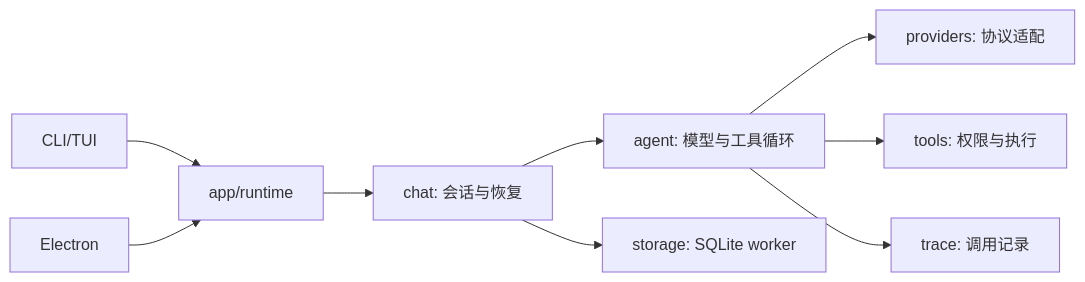
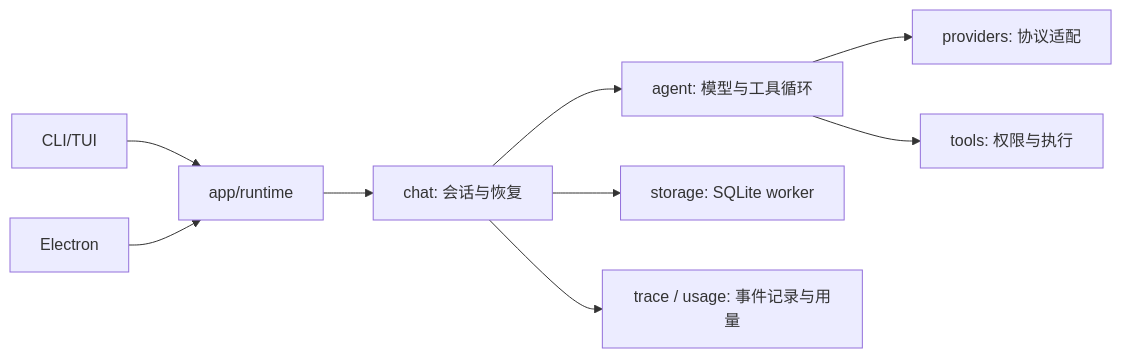
The diagram in docs/development.md (kikoiio/Bitori), drawn with Mermaid before and after one commit. The commit also changed other lines of this file and 2 other files, not shown here.

````diff
--- a/docs/development.md
+++ b/docs/development.md
@@ -22,11 +24,11 @@
 ```mermaid
 flowchart LR
   CLI[CLI/TUI] --> Runtime[app/runtime]
   Desktop[Electron] --> Runtime
   Runtime --> Chat[chat: 会话与恢复]
   Chat --> Agent[agent: 模型与工具循环]
   Chat --> Storage[storage: SQLite worker]
   Agent --> Providers[providers: 协议适配]
   Agent --> Tools[tools: 权限与执行]
-  Agent --> Trace[trace: 调用记录]
+  Chat --> Trace[trace / usage: 事件记录与用量]
 ```
````
